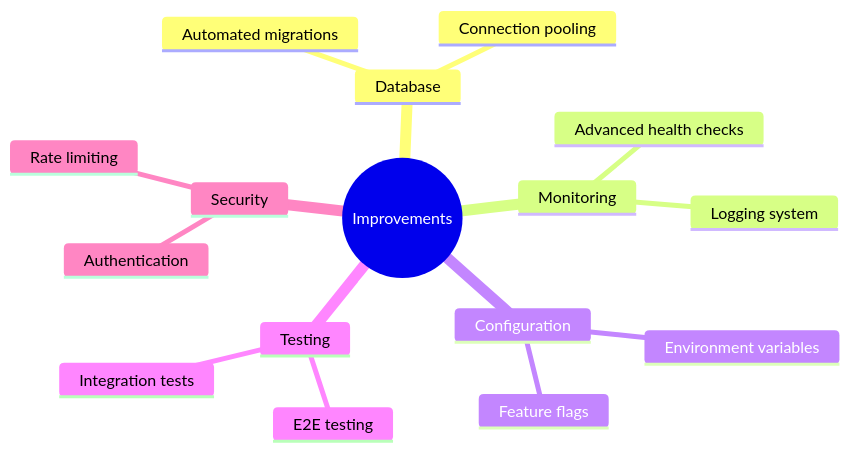
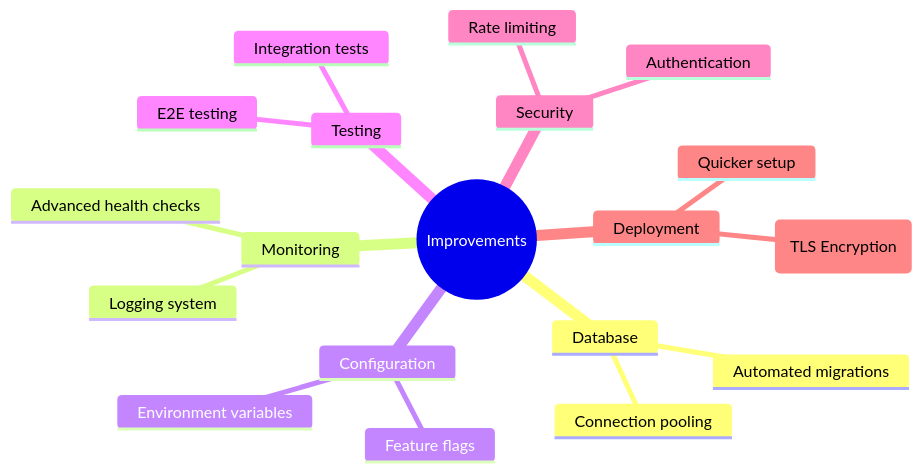
The third of 3 diagrams in README.md (simrubin/fullstack-app-setup), drawn with Mermaid before and after one commit. The commit also changed 1 other file, not shown here.

Commit message:
Minor additions to readme

````diff
--- a/README.md
+++ b/README.md
@@ -179,19 +179,22 @@
 ```mermaid
 mindmap
   root((Improvements))
     Database
       Automated migrations
       Connection pooling
     Monitoring
       Advanced health checks
       Logging system
     Configuration
       Environment variables
       Feature flags
     Testing
       Integration tests
       E2E testing
     Security
       Authentication
       Rate limiting
+    Deployment
+      Use HTTPS (TLS Encryption)
+      Quicker setup
 ```
````
